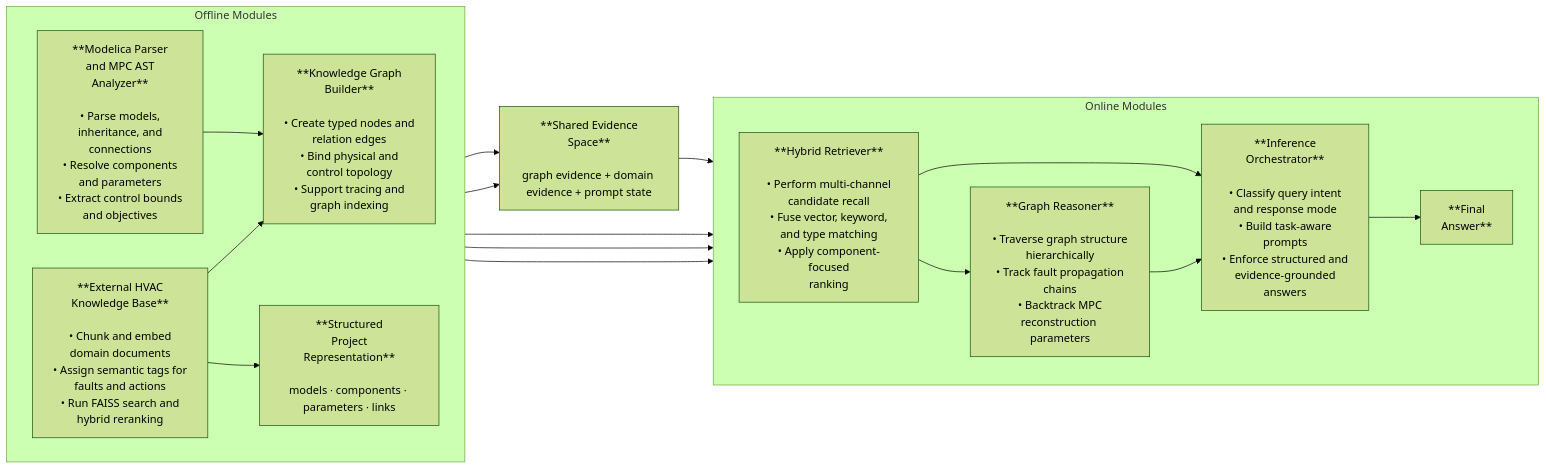
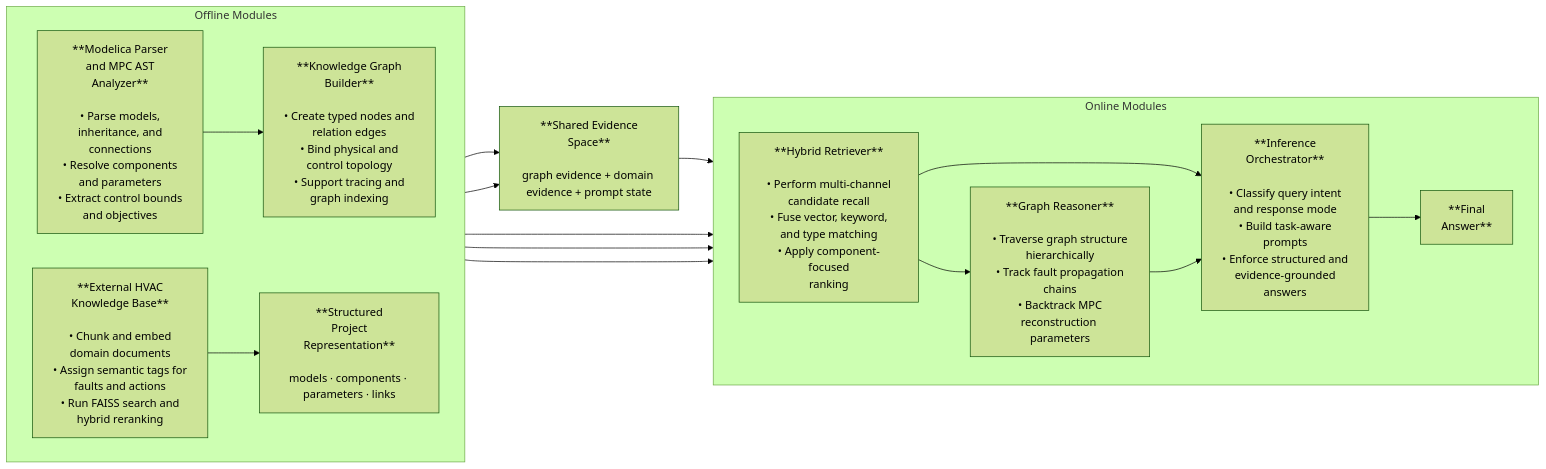
The diagram in all/未命名.md (xxh-hxx/iodraw-files), drawn with Mermaid (forest theme) before and after one commit.

Commit message:
2026-03-25 23:11:03 update

````diff
--- a/all/未命名.md
+++ b/all/未命名.md
@@ -1,57 +1,57 @@
 ```mermaid
 flowchart LR
     %% =========================
     %% Title-equivalent structure
     %% =========================
 
     subgraph OFF["Offline Modules"]
         direction LR
 
         A["**Modelica Parser<br/>and MPC AST<br/>Analyzer**<br/><br/>• Parse models,<br/>inheritance, and<br/>connections<br/>• Resolve components<br/>and parameters<br/>• Extract control bounds<br/>and objectives"]
 
         B["**Knowledge Graph<br/>Builder**<br/><br/>• Create typed nodes and<br/>relation edges<br/>• Bind physical and<br/>control topology<br/>• Support tracing and<br/>graph indexing"]
 
         C["**External HVAC<br/>Knowledge Base**<br/><br/>• Chunk and embed<br/>domain documents<br/>• Assign semantic tags for<br/>faults and actions<br/>• Run FAISS search and<br/>hybrid reranking"]
 
         D["**Structured<br/>Project<br/>Representation**<br/><br/>models · components · parameters · links"]
     end
 
     subgraph ON["Online Modules"]
         direction LR
 
         E["**Hybrid Retriever**<br/><br/>• Perform multi-channel<br/>candidate recall<br/>• Fuse vector, keyword,<br/>and type matching<br/>• Apply component-focused<br/>ranking"]
 
         F["**Graph Reasoner**<br/><br/>• Traverse graph structure<br/>hierarchically<br/>• Track fault propagation<br/>chains<br/>• Backtrack MPC<br/>reconstruction parameters"]
 
         G["**Inference<br/>Orchestrator**<br/><br/>• Classify query intent<br/>and response mode<br/>• Build task-aware<br/>prompts<br/>• Enforce structured and<br/>evidence-grounded<br/>answers"]
 
         H["**Final<br/>Answer**"]
     end
 
     I["**Shared Evidence<br/>Space**<br/><br/>graph evidence + domain evidence + prompt state"]
 
     %% =========================
     %% Connections
     %% =========================
 
     A --> B
 
 
-    C --> B
+
     C --> D
     C --> I
 
     B --> E
     B --> E
     E --> F
 
     E --> G
     F --> G
 
     D --> G
     D --> I
 
     I --> G
     G --> H
   
 ```
````
